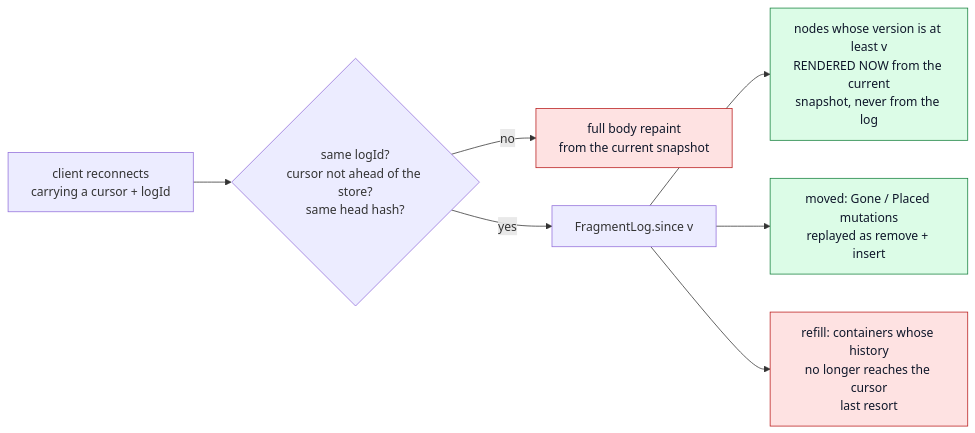
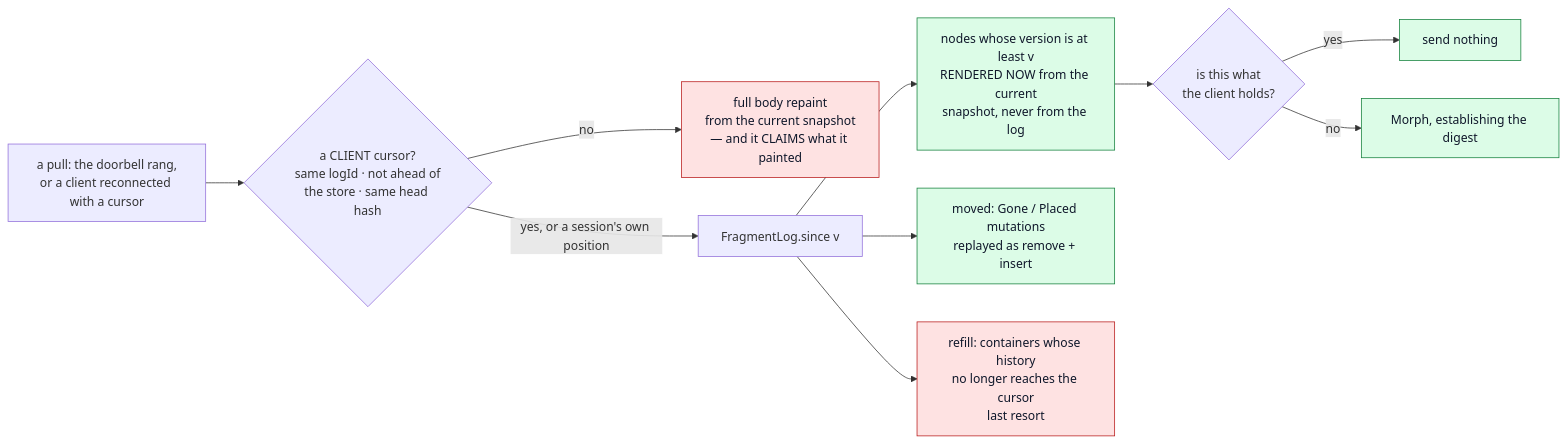
Before and after one commit to perok/functional-home-assistant: the third of 3 diagrams in docs/architecture-rendering-pipeline.md, drawn with Mermaid. The commit also changed other lines of this file and 8 other files, not shown here.

````diff
--- a/docs/architecture-rendering-pipeline.md
+++ b/docs/architecture-rendering-pipeline.md
@@ -283,14 +317,17 @@
 ```mermaid
 flowchart LR
-  RC["client reconnects<br/>carrying a cursor + logId"] --> Q{"same logId?<br/>cursor not ahead of the store?<br/>same head hash?"}
-  Q -->|no| REPAINT["full body repaint<br/>from the current snapshot"]
-  Q -->|yes| SINCE["FragmentLog.since v"]
+  RC["a pull: the doorbell rang,<br/>or a client reconnected with a cursor"] --> Q{"a CLIENT cursor?<br/>same logId · not ahead of<br/>the store · same head hash"}
+  Q -->|no| REPAINT["full body repaint<br/>from the current snapshot<br/>— and it CLAIMS what it painted"]
+  Q -->|yes, or a session's own position| SINCE["FragmentLog.since v"]
   SINCE --> N["nodes whose version is at least v<br/>RENDERED NOW from the current<br/>snapshot, never from the log"]
   SINCE --> M["moved: Gone / Placed mutations<br/>replayed as remove + insert"]
   SINCE --> R["refill: containers whose history<br/>no longer reaches the cursor<br/>last resort"]
+  N --> HOLD{"is this what<br/>the client holds?"}
+  HOLD -->|yes| DROP["send nothing"]
+  HOLD -->|no| SEND["Morph, establishing the digest"]
 
   classDef ok fill:#dcfce7,stroke:#15803d,color:#0f172a
   classDef bad fill:#fee2e2,stroke:#b91c1c,color:#0f172a
-  class N,M ok
+  class N,M,SEND,DROP ok
   class REPAINT,R bad
 ```
````
